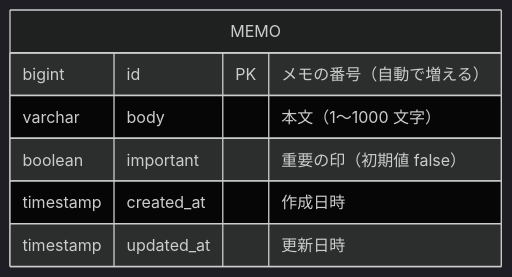
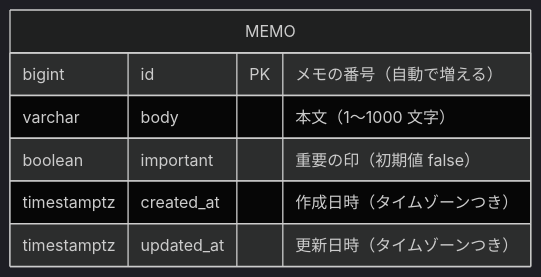
The diagram in docs/data-design.md (shijirou/app-practice-002-memo), drawn with Mermaid (dark theme) before and after one commit. The commit also changed other lines of this file and 7 other files, not shown here.

````diff
--- a/docs/data-design.md
+++ b/docs/data-design.md
@@ -8,10 +8,10 @@
 ```mermaid
 erDiagram
     MEMO {
         bigint id PK "メモの番号（自動で増える）"
         varchar body "本文（1〜1000 文字）"
         boolean important "重要の印（初期値 false）"
-        timestamp created_at "作成日時"
-        timestamp updated_at "更新日時"
+        timestamptz created_at "作成日時（タイムゾーンつき）"
+        timestamptz updated_at "更新日時（タイムゾーンつき）"
     }
 ```
````
